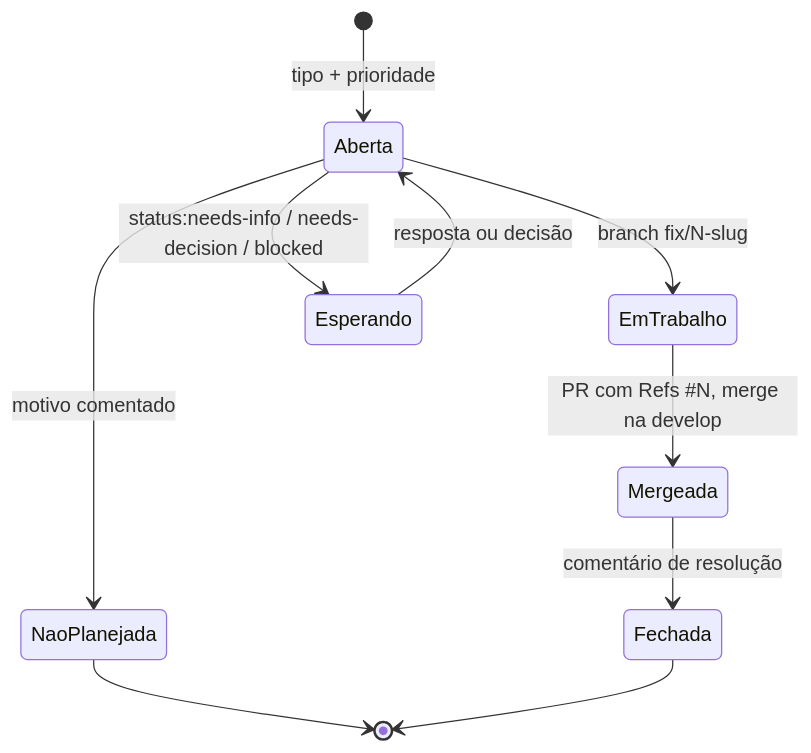
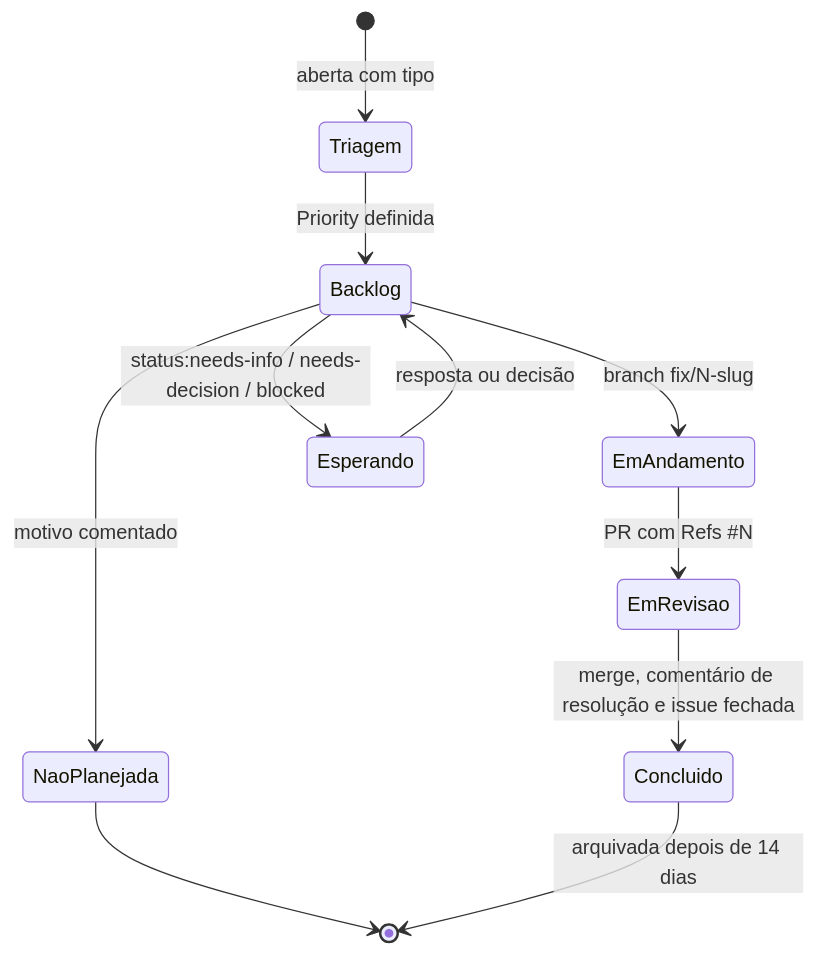
Before and after one commit to diego-castilho/dev-standards: the ninth of 13 diagrams in docs/REGRAS.md, drawn with Mermaid. The commit also changed other lines of this file and 30 other files, not shown here.

````diff
--- a/docs/REGRAS.md
+++ b/docs/REGRAS.md
@@ -283,12 +312,13 @@
 ```mermaid
 stateDiagram-v2
-  [*] --> Aberta: tipo + prioridade
-  Aberta --> EmTrabalho: branch fix/N-slug
-  Aberta --> Esperando: status:needs-info / needs-decision / blocked
-  Esperando --> Aberta: resposta ou decisão
-  EmTrabalho --> Mergeada: PR com Refs #N, merge na develop
-  Mergeada --> Fechada: comentário de resolução
-  Aberta --> NaoPlanejada: motivo comentado
+  [*] --> Triagem: aberta com tipo
+  Triagem --> Backlog: Priority definida
+  Backlog --> EmAndamento: branch fix/N-slug
+  Backlog --> Esperando: status:needs-info / needs-decision / blocked
+  Esperando --> Backlog: resposta ou decisão
+  EmAndamento --> EmRevisao: PR com Refs #N
+  EmRevisao --> Concluido: merge, comentário de resolução e issue fechada
+  Backlog --> NaoPlanejada: motivo comentado
   NaoPlanejada --> [*]
-  Fechada --> [*]
+  Concluido --> [*]: arquivada depois de 14 dias
 ```
````
